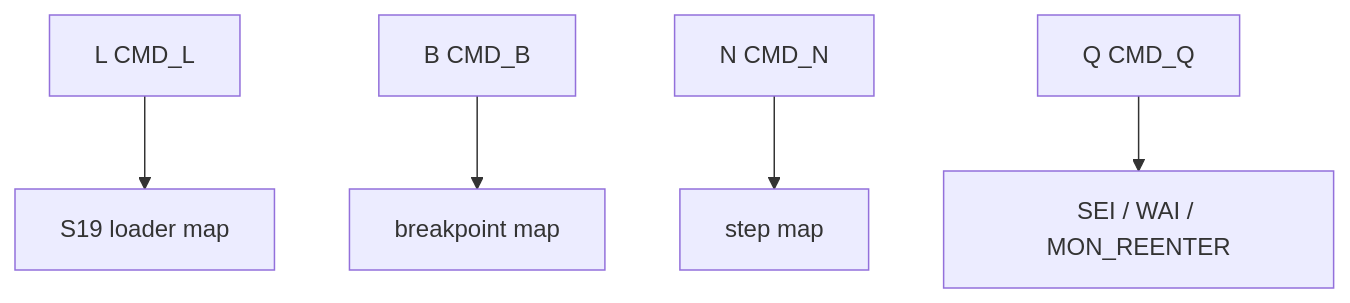
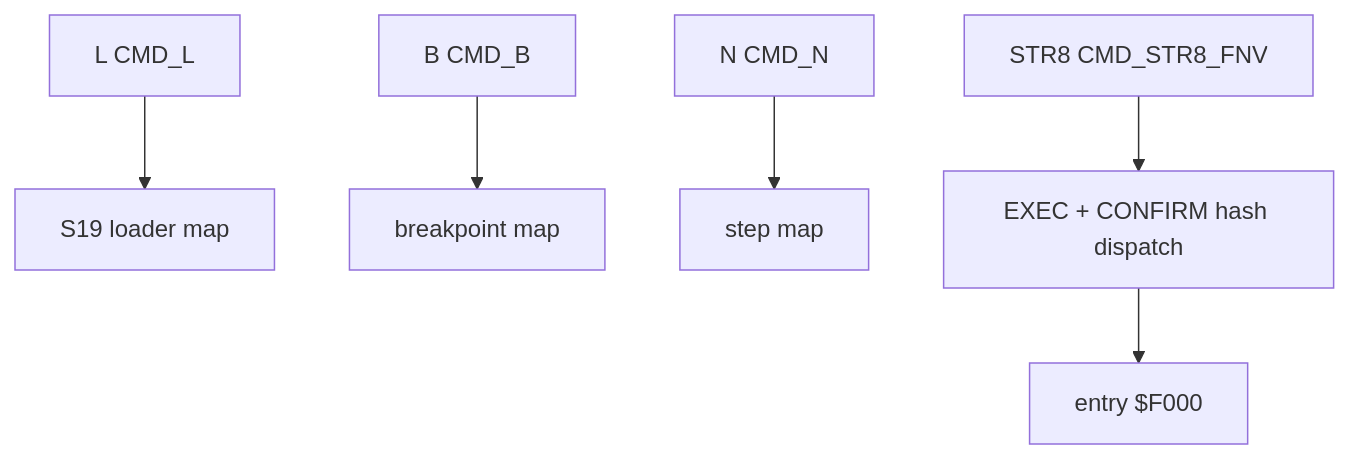
Before and after one commit to 95westus/R-YORS: the tenth of 19 diagrams in DOC/GUIDES/HIMON/HIMON_MAP.md, drawn with Mermaid. The commit also changed other lines of this file and 94 other files, not shown here.

````diff
--- a/DOC/GUIDES/HIMON/HIMON_MAP.md
+++ b/DOC/GUIDES/HIMON/HIMON_MAP.md
@@ -202,7 +203,8 @@
 ```mermaid
 flowchart TD
     L[L CMD_L] --> LOADMAP[S19 loader map]
     B[B CMD_B] --> DBGMAP[breakpoint map]
     N[N CMD_N] --> STEPMAP[step map]
-    Q[Q CMD_Q] --> QUIESCE[SEI / WAI / MON_REENTER]
+    STR8[STR8 CMD_STR8_FNV] --> CONFIRM[EXEC + CONFIRM hash dispatch]
+    CONFIRM --> RESETOWNER[entry $F000]
 ```
````
